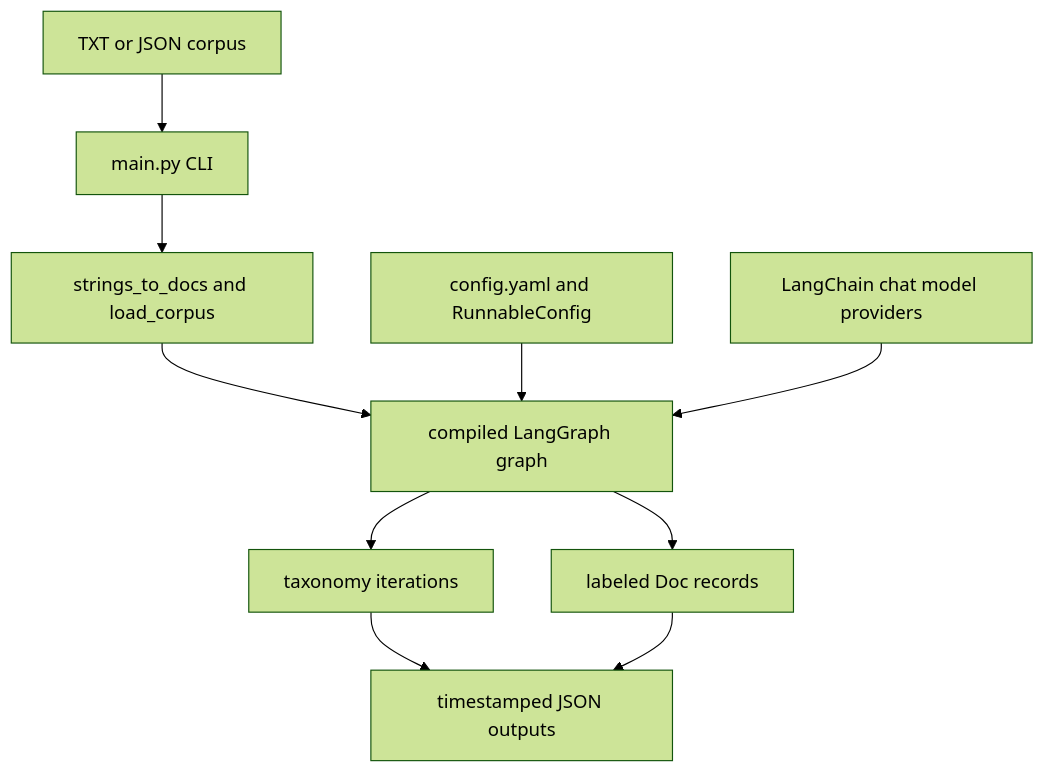
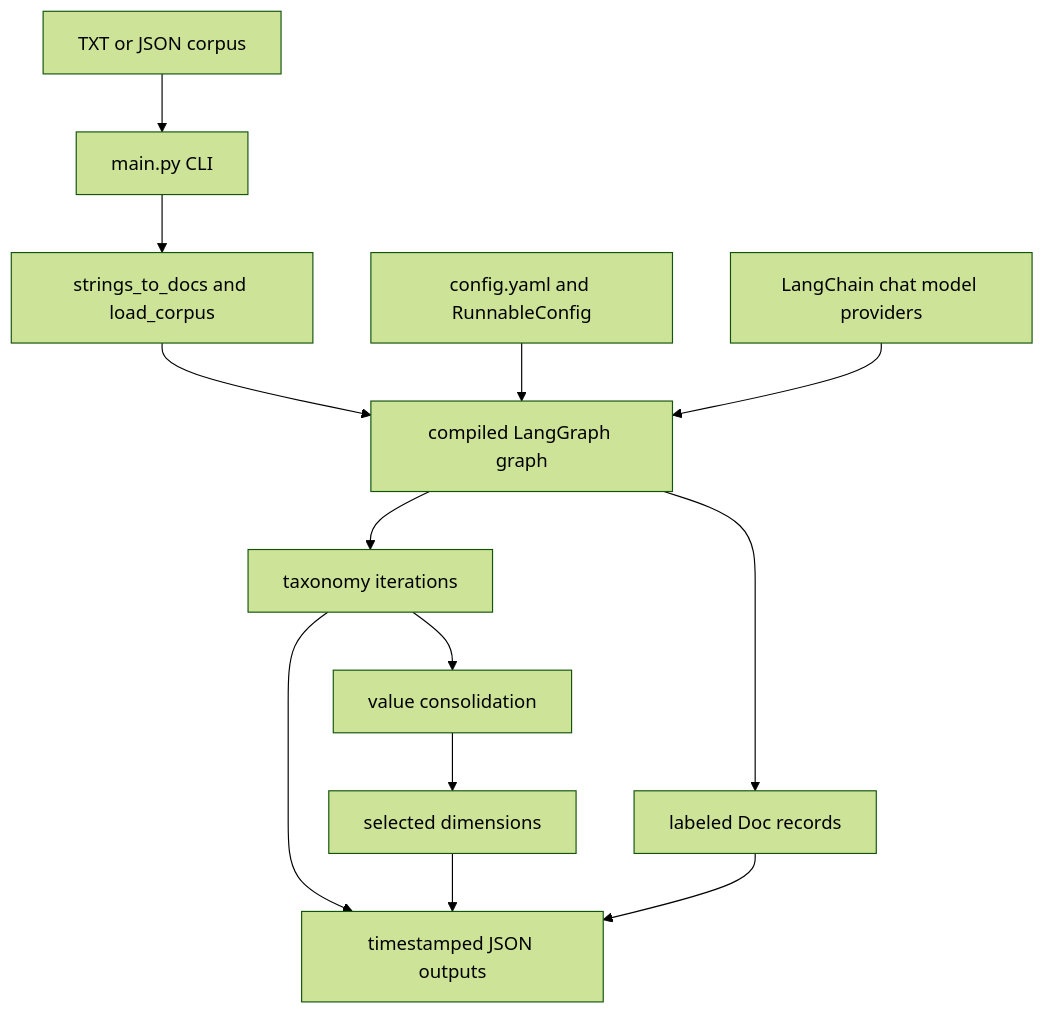
Before and after one commit to andresdp/delve: the diagram in openwiki/architecture/overview.md, drawn with Mermaid (forest theme). The commit also changed other lines of this file and 50 other files, not shown here.

````diff
--- a/openwiki/architecture/overview.md
+++ b/openwiki/architecture/overview.md
@@ -19,12 +19,15 @@
 ```mermaid
 flowchart TD
     Input["TXT or JSON corpus"] --> Cli["main.py CLI"]
     Cli --> Normalize["strings_to_docs and load_corpus"]
     Normalize --> Graph["compiled LangGraph graph"]
     Graph --> Taxonomy["taxonomy iterations"]
+    Taxonomy --> Consolidate["value consolidation"]
+    Consolidate --> Select["selected dimensions"]
     Graph --> Labeled["labeled Doc records"]
     Taxonomy --> Files["timestamped JSON outputs"]
+    Select --> Files
     Labeled --> Files
     Config["config.yaml and RunnableConfig"] --> Graph
     Models["LangChain chat model providers"] --> Graph
 ```
````
